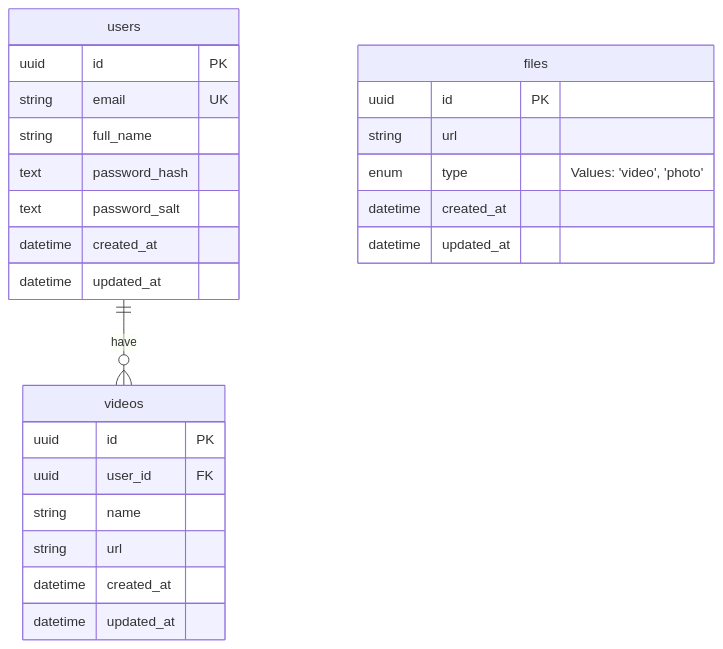
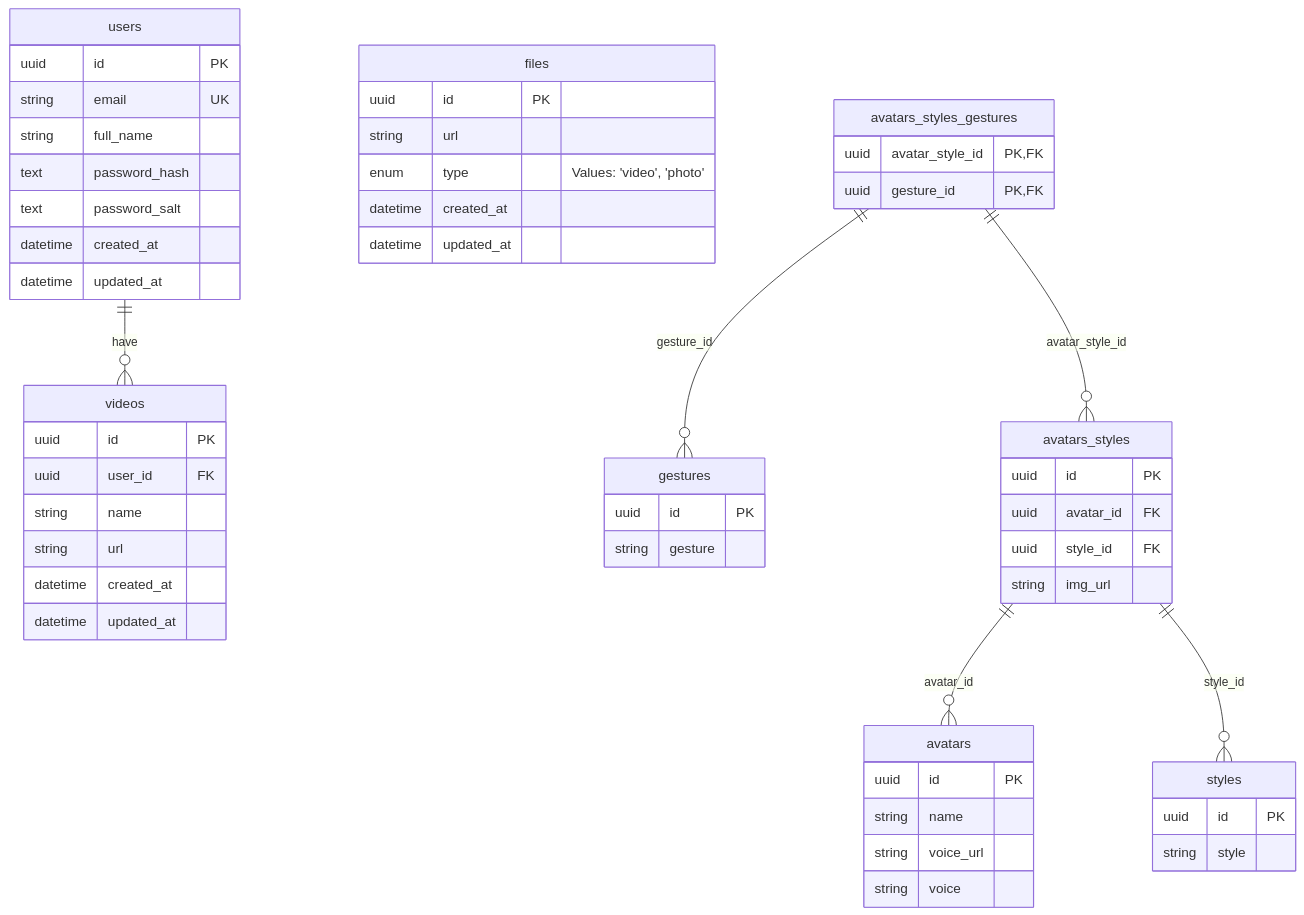
Before and after one commit to BinaryStudioAcademy/bsa-2024-outreachvids: the diagram in README.md, drawn with Mermaid. The commit also changed 10 other files, not shown here.

````diff
--- a/README.md
+++ b/README.md
@@ -28,28 +28,56 @@
 ```mermaid
 erDiagram
     users {
         uuid id PK
         string email UK
         string full_name
         text password_hash
         text password_salt
         datetime created_at
         datetime updated_at
     }
     videos {
         uuid id PK
         uuid user_id FK
         string name
         string url
         datetime created_at
         datetime updated_at
     }
     files {
         uuid id PK
         string url
         enum type "Values: 'video', 'photo'"
         datetime created_at
         datetime updated_at
     }
+    avatars {
+        uuid id PK
+        string name
+        string voice_url
+        string voice
+    }
+    styles {
+        uuid id PK
+        string style
+    }
+    gestures {
+        uuid id PK
+        string gesture
+    }
+    avatars_styles {
+        uuid id PK
+        uuid avatar_id FK
+        uuid style_id FK
+        string img_url
+    }
+    avatars_styles_gestures {
+        uuid avatar_style_id PK,FK
+        uuid gesture_id PK,FK
+    }
     users ||--o{ videos : have
+    avatars_styles ||--o{ avatars : "avatar_id"
+    avatars_styles ||--o{ styles : "style_id"
+    avatars_styles_gestures ||--o{ avatars_styles : "avatar_style_id"
+    avatars_styles_gestures ||--o{ gestures : "gesture_id"
 ```
````
